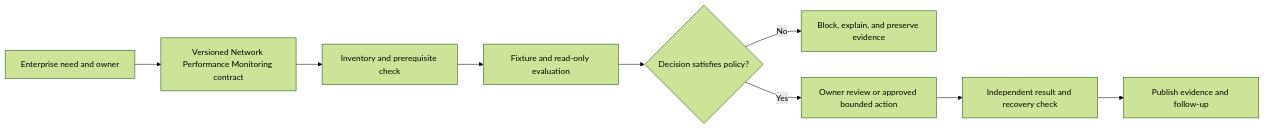
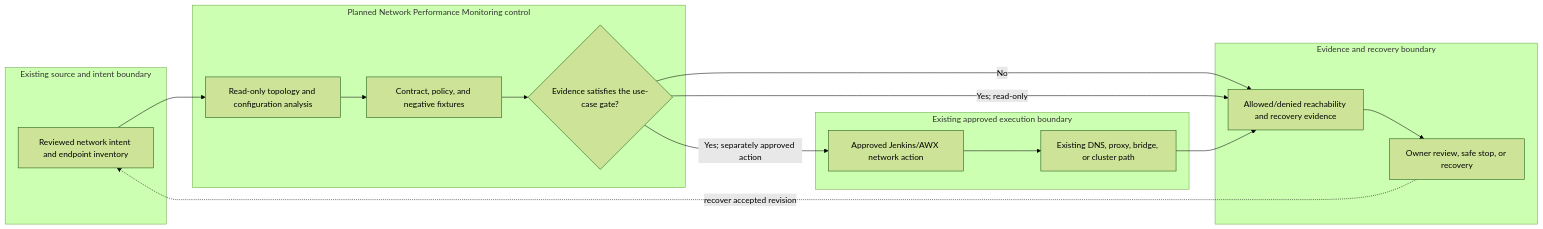
The diagram in docs/use-cases/network/UC-NET-025-network-performance-monitoring.md (MIDHTECH/enterprise-architecture-docs), drawn with Mermaid (forest theme) before and after one commit. The commit also changed other lines of this file and 227 other files, not shown here.

Commit message:
Deepen architecture for all use case designs

````diff
--- a/docs/use-cases/network/UC-NET-025-network-performance-monitoring.md
+++ b/docs/use-cases/network/UC-NET-025-network-performance-monitoring.md
@@ -136,11 +129,25 @@
 ```mermaid
 flowchart LR
-    Need["Enterprise need and owner"] --> Contract["Versioned Network Performance Monitoring contract"]
-    Contract --> Preflight["Inventory and prerequisite check"]
-    Preflight --> Evaluate["Fixture and read-only evaluation"]
-    Evaluate --> Decision{"Decision satisfies policy?"}
-    Decision -->|No| Stop["Block, explain, and preserve evidence"]
-    Decision -->|Yes| Review["Owner review or approved bounded action"]
-    Review --> Verify["Independent result and recovery check"]
-    Verify --> Publish["Publish evidence and follow-up"]
+    subgraph Source["Existing source and intent boundary"]
+        A["Reviewed network intent and endpoint inventory"]
+    end
+    subgraph Planned["Planned Network Performance Monitoring control"]
+        B["Read-only topology and configuration analysis"]
+        C["Contract, policy, and negative fixtures"]
+        D{"Evidence satisfies the use-case gate?"}
+    end
+    subgraph Runtime["Existing approved execution boundary"]
+        E["Approved Jenkins/AWX network action"]
+        F["Existing DNS, proxy, bridge, or cluster path"]
+    end
+    subgraph Assurance["Evidence and recovery boundary"]
+        G["Allowed/denied reachability and recovery evidence"]
+        H["Owner review, safe stop, or recovery"]
+    end
+
+    A --> B --> C --> D
+    D -->|No| G --> H
+    D -->|Yes; read-only| G
+    D -->|Yes; separately approved action| E --> F --> G
+    H -. recover accepted revision .-> A
 ```
````
